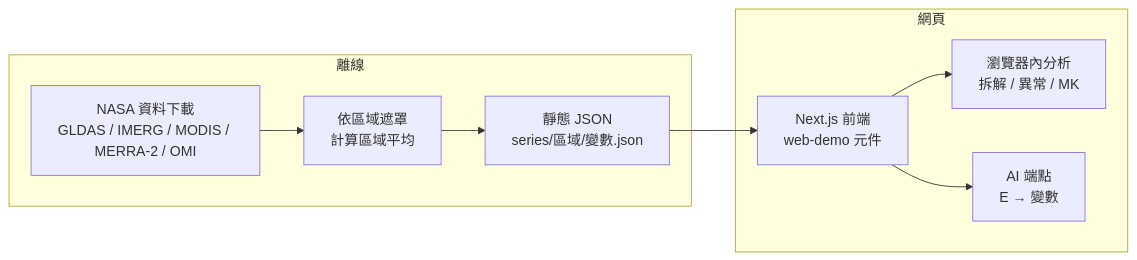
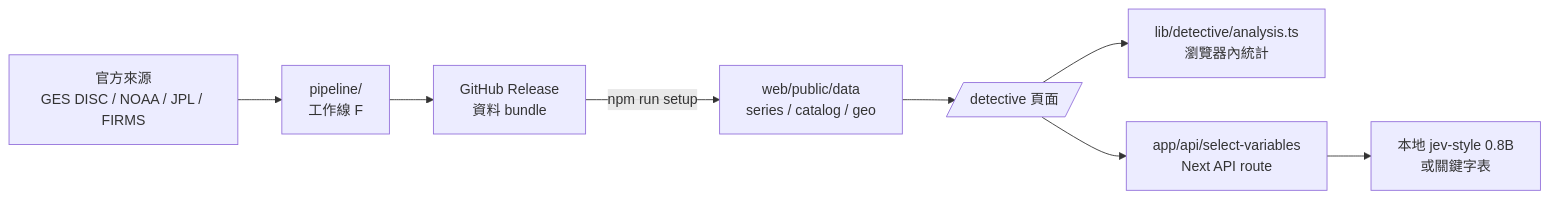
Before and after one commit to oliiiiiiiiii/aqua-trend: the second of 2 diagrams in SPEC.md, drawn with Mermaid. The commit also changed other lines of this file and 7 other files, not shown here.

First line of the commit message:
setup: download website data from GitHub Release; restore SPEC v1

````diff
--- a/SPEC.md
+++ b/SPEC.md
@@ -128,12 +116,10 @@
 ```mermaid
 flowchart LR
-    subgraph 離線
-      D[NASA 資料下載<br/>GLDAS / IMERG / MODIS / MERRA-2 / OMI] --> R[依區域遮罩<br/>計算區域平均]
-      R --> J[靜態 JSON<br/>series/區域/變數.json]
-    end
-    subgraph 網頁
-      J --> W[Next.js 前端<br/>web-demo 元件]
-      W --> A[瀏覽器內分析<br/>拆解 / 異常 / MK]
-      W --> M[AI 端點<br/>E → 變數]
-    end
+    N[官方來源<br/>GES DISC / NOAA / JPL / FIRMS] --> F[pipeline/<br/>工作線 F]
+    F --> G[GitHub Release<br/>資料 bundle]
+    G -->|npm run setup| J[web/public/data<br/>series / catalog / geo]
+    J --> P[/detective 頁面/]
+    P --> A[lib/detective/analysis.ts<br/>瀏覽器內統計]
+    P --> R[app/api/select-variables<br/>Next API route]
+    R --> M[本地 jev-style 0.8B<br/>或關鍵字表]
 ```
````
